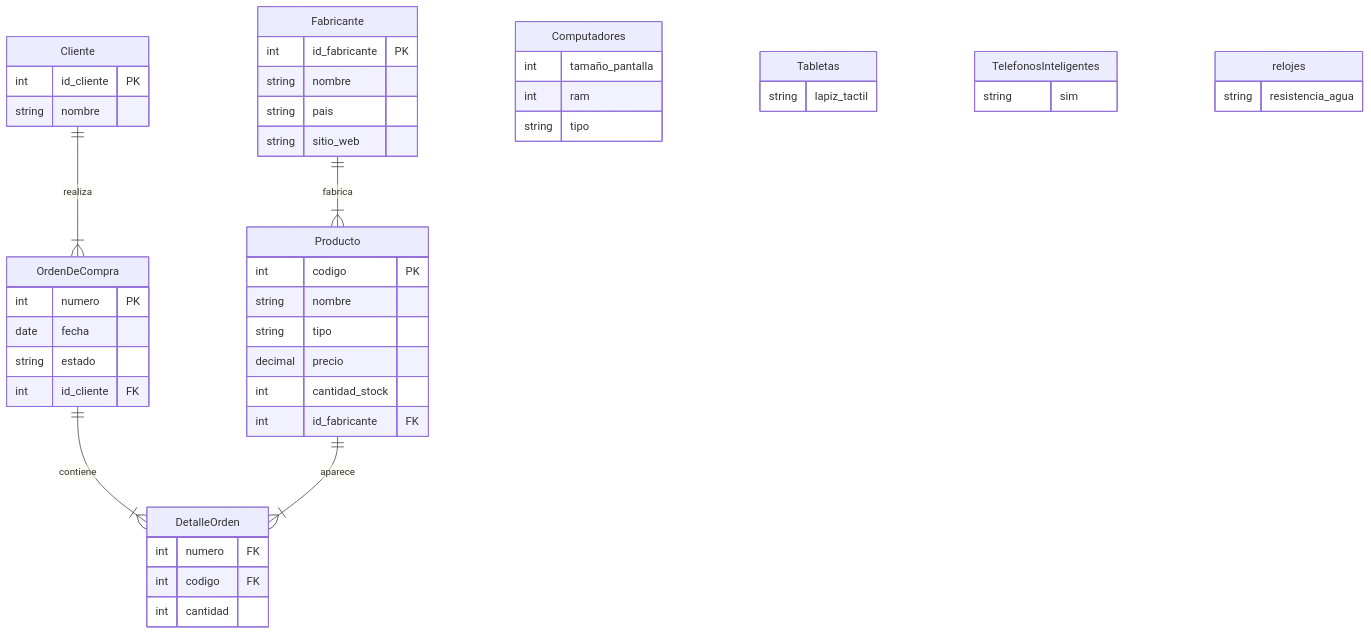
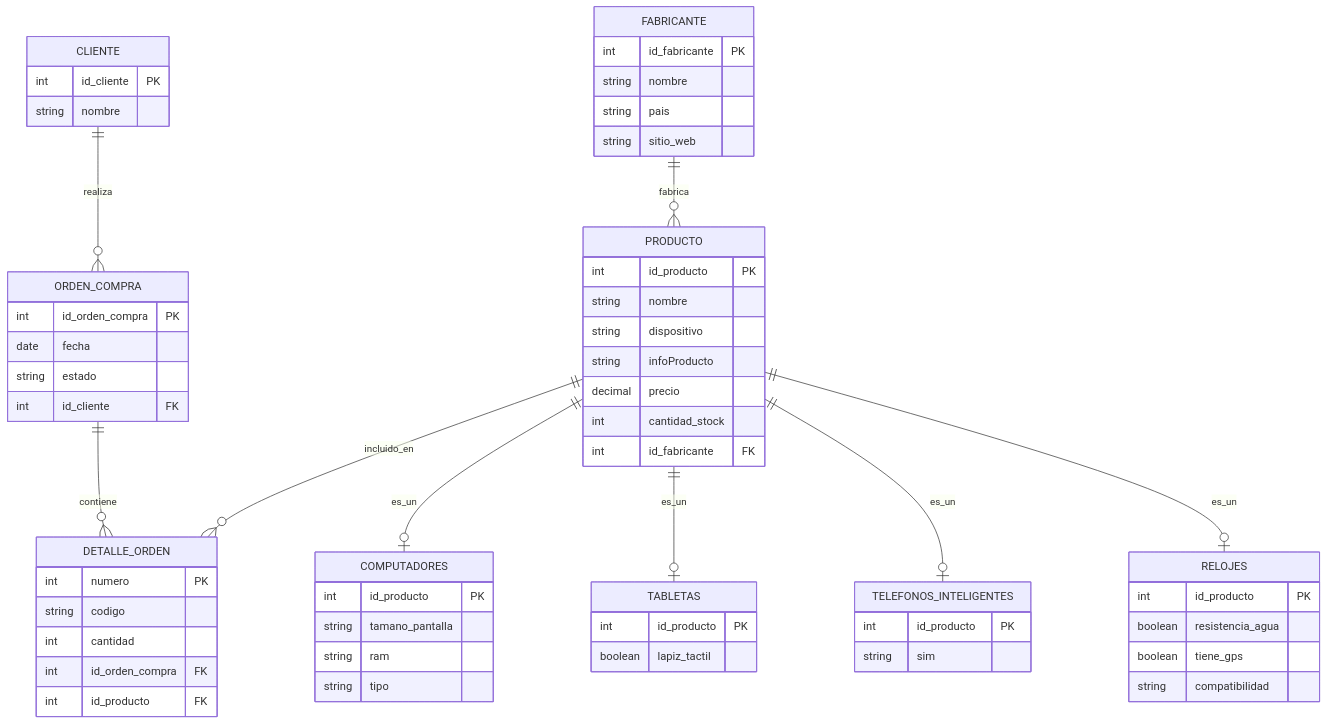
Before and after one commit to juliialzate/Diagramas-Entidad-Relaci-n: the fourth of 4 diagrams in tallerTrabajoEnPareja.md, drawn with Mermaid.

Commit message:
Update entity relationships and attributes in ER diagram

````diff
--- a/tallerTrabajoEnPareja.md
+++ b/tallerTrabajoEnPareja.md
@@ -171,62 +171,74 @@
 ```mermaid
+
 erDiagram
-    Fabricante {
+    CLIENTE ||--o{ ORDEN_COMPRA : "realiza"
+    ORDEN_COMPRA ||--o{ DETALLE_ORDEN : "contiene"
+    PRODUCTO ||--o{ DETALLE_ORDEN : "incluido_en"
+    FABRICANTE ||--o{ PRODUCTO : "fabrica"
+    PRODUCTO ||--o| COMPUTADORES : "es_un"
+    PRODUCTO ||--o| TABLETAS : "es_un"
+    PRODUCTO ||--o| TELEFONOS_INTELIGENTES : "es_un"
+    PRODUCTO ||--o| RELOJES : "es_un"
+
+    CLIENTE {
+        int id_cliente PK
+        string nombre
+    }
+
+    ORDEN_COMPRA {
+        int id_orden_compra PK
+        date fecha
+        string estado
+        int id_cliente FK
+    }
+
+    DETALLE_ORDEN {
+        int numero PK
+        string codigo
+        int cantidad
+        int id_orden_compra FK
+        int id_producto FK
+    }
+
+    FABRICANTE {
         int id_fabricante PK
         string nombre
         string pais
         string sitio_web
     }
 
-    Producto {
-        int codigo PK
+    PRODUCTO {
+        int id_producto PK
         string nombre
-        string tipo
+        string dispositivo
+        string infoProducto
         decimal precio
         int cantidad_stock
         int id_fabricante FK
     }
 
-    Cliente {
-        int id_cliente PK
-        string nombre
+    COMPUTADORES {
+        int id_producto PK
+        string tamano_pantalla
+        string ram
+        string tipo
     }
 
-    OrdenDeCompra {
-        int numero PK
-        date fecha
-        string estado
-        int id_cliente FK
+    TABLETAS {
+        int id_producto PK
+        boolean lapiz_tactil
     }
 
-    DetalleOrden {
-        int numero FK
-        int codigo FK
-        int cantidad
-    }
-
-	Computadores {
-        int tamaño_pantalla
-		int ram
-		string tipo
-    }
-
-	Tabletas {
-        string lapiz_tactil
-    }
-
-	TelefonosInteligentes {
+    TELEFONOS_INTELIGENTES {
+        int id_producto PK
         string sim
     }
 
-	relojes {
-        string resistencia_agua
-		
+    RELOJES {
+        int id_producto PK
+        boolean resistencia_agua
+        boolean tiene_gps
+        string compatibilidad
     }
 
-
-
-    Fabricante ||--|{ Producto : fabrica
-    Cliente ||--|{ OrdenDeCompra : realiza
-    OrdenDeCompra ||--|{ DetalleOrden : contiene
-    Producto ||--|{ DetalleOrden : aparece
 ```
````
